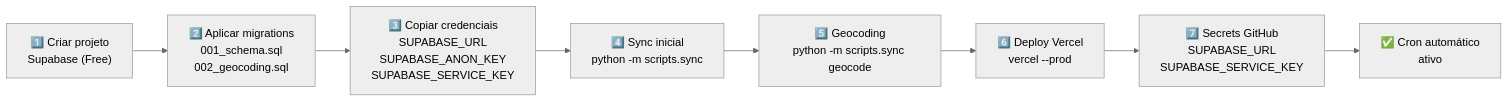
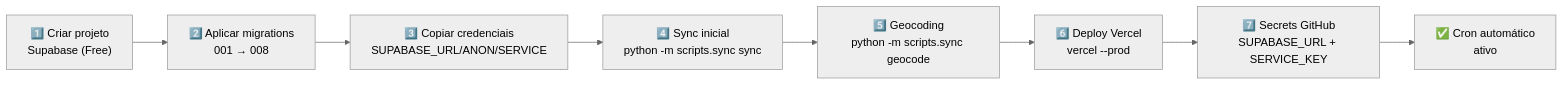
One commit to Codar-Sistemas/hospitais-referencia-api changed the fifth of 5 diagrams in README.md. Above: the diagram before and after it, drawn with Mermaid (neutral theme). The commit also changed other lines of this file, not shown here.

First line of the commit message:
docs: rewrite README to match current architecture

````diff
--- a/README.md
+++ b/README.md
@@ -425,10 +527,10 @@
 ```mermaid
 graph LR
-    A["1️⃣ Criar projeto<br/>Supabase (Free)"] --> B["2️⃣ Aplicar migrations<br/>001_schema.sql<br/>002_geocoding.sql"]
-    B --> C["3️⃣ Copiar credenciais<br/>SUPABASE_URL<br/>SUPABASE_ANON_KEY<br/>SUPABASE_SERVICE_KEY"]
-    C --> D["4️⃣ Sync inicial<br/>python -m scripts.sync"]
+    A["1️⃣ Criar projeto<br/>Supabase (Free)"] --> B["2️⃣ Aplicar migrations<br/>001 → 008"]
+    B --> C["3️⃣ Copiar credenciais<br/>SUPABASE_URL/ANON/SERVICE"]
+    C --> D["4️⃣ Sync inicial<br/>python -m scripts.sync sync"]
     D --> E["5️⃣ Geocoding<br/>python -m scripts.sync geocode"]
     E --> F["6️⃣ Deploy Vercel<br/>vercel --prod"]
-    F --> G["7️⃣ Secrets GitHub<br/>SUPABASE_URL<br/>SUPABASE_SERVICE_KEY"]
+    F --> G["7️⃣ Secrets GitHub<br/>SUPABASE_URL + SERVICE_KEY"]
     G --> H["✅ Cron automático<br/>ativo"]
 ```
````
